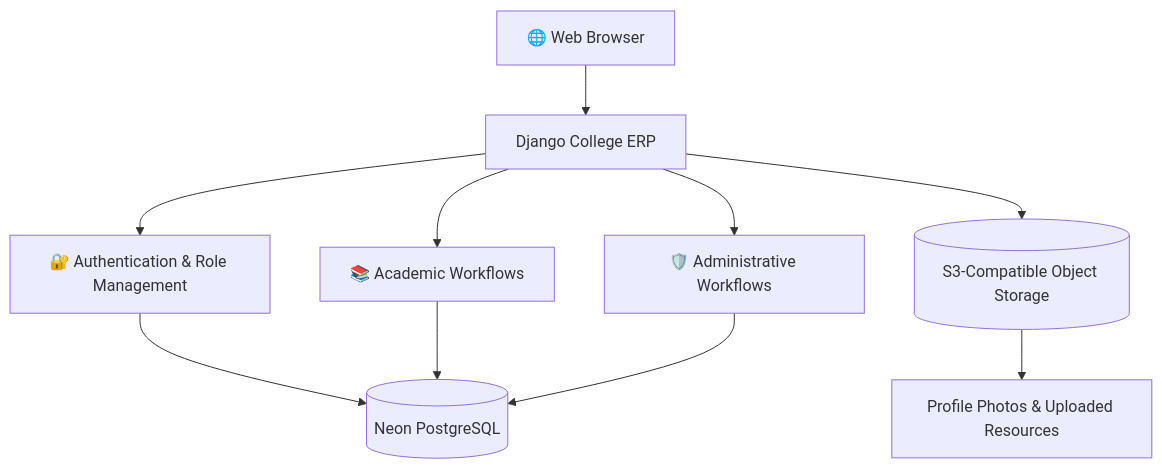
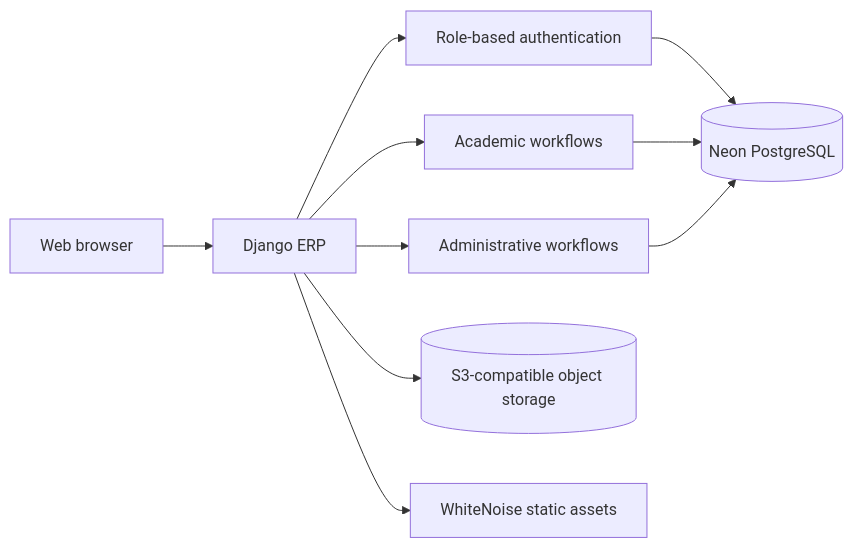
Before and after one commit to Rohitnag2004/College-ERP-System: the diagram in README.md, drawn with Mermaid. The commit also changed other lines of this file, not shown here.

````diff
--- a/README.md
+++ b/README.md
@@ -162,12 +86,12 @@
 ```mermaid
-flowchart TD
-    A["🌐 Web Browser"] --> B["Django College ERP"]
-    B --> C["🔐 Authentication & Role Management"]
-    B --> D["📚 Academic Workflows"]
-    B --> E["🛡️ Administrative Workflows"]
-    C --> F[("Neon PostgreSQL")]
-    D --> F
-    E --> F
-    B --> G[("S3-Compatible Object Storage")]
-    G --> H["Profile Photos & Uploaded Resources"]
+flowchart LR
+    Browser[Web browser] --> App[Django ERP]
+    App --> Auth[Role-based authentication]
+    App --> Academic[Academic workflows]
+    App --> Admin[Administrative workflows]
+    Auth --> DB[(Neon PostgreSQL)]
+    Academic --> DB
+    Admin --> DB
+    App --> Media[(S3-compatible object storage)]
+    App --> Static[WhiteNoise static assets]
 ```
````
